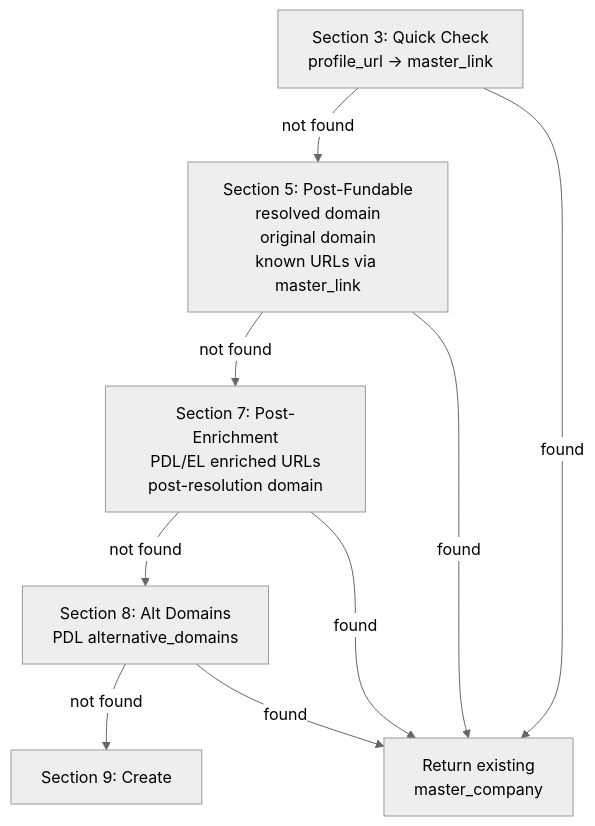
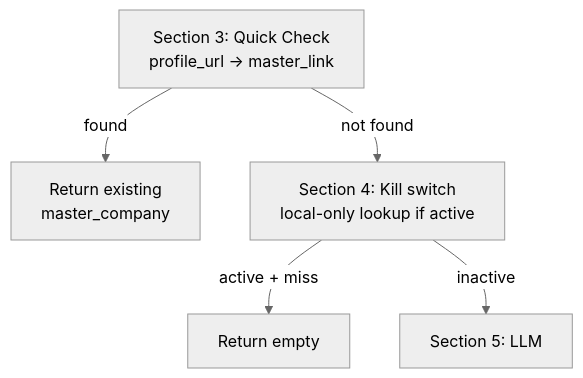
One commit to M-Pederson/docs changed the second of 5 diagrams in guides/enrichment/waterfall/company-enrichment-phases.mdx. Above: the diagram before and after it, drawn with Mermaid (neutral theme). The commit also changed other lines of this file and 2 other files, not shown here.

````diff
--- a/guides/enrichment/waterfall/company-enrichment-phases.mdx
+++ b/guides/enrichment/waterfall/company-enrichment-phases.mdx
@@ -53,12 +53,7 @@
 ```mermaid
 graph TD
-    A["Section 3: Quick Check<br/>profile_url → master_link"] -->|not found| B
-    B["Section 5: Post-Fundable<br/>resolved domain<br/>original domain<br/>known URLs via master_link"] -->|not found| C
-    C["Section 7: Post-Enrichment<br/>PDL/EL enriched URLs<br/>post-resolution domain"] -->|not found| D
-    D["Section 8: Alt Domains<br/>PDL alternative_domains"] -->|not found| E["Section 9: Create"]
-
-    A -->|found| R["Return existing<br/>master_company"]
-    B -->|found| R
-    C -->|found| R
-    D -->|found| R
+    A["Section 3: Quick Check<br/>profile_url → master_link"] -->|found| R["Return existing<br/>master_company"]
+    A -->|not found| B["Section 4: Kill switch<br/>local-only lookup if active"]
+    B -->|active + miss| Z["Return empty"]
+    B -->|inactive| C["Section 5: LLM"]
 ```
````
